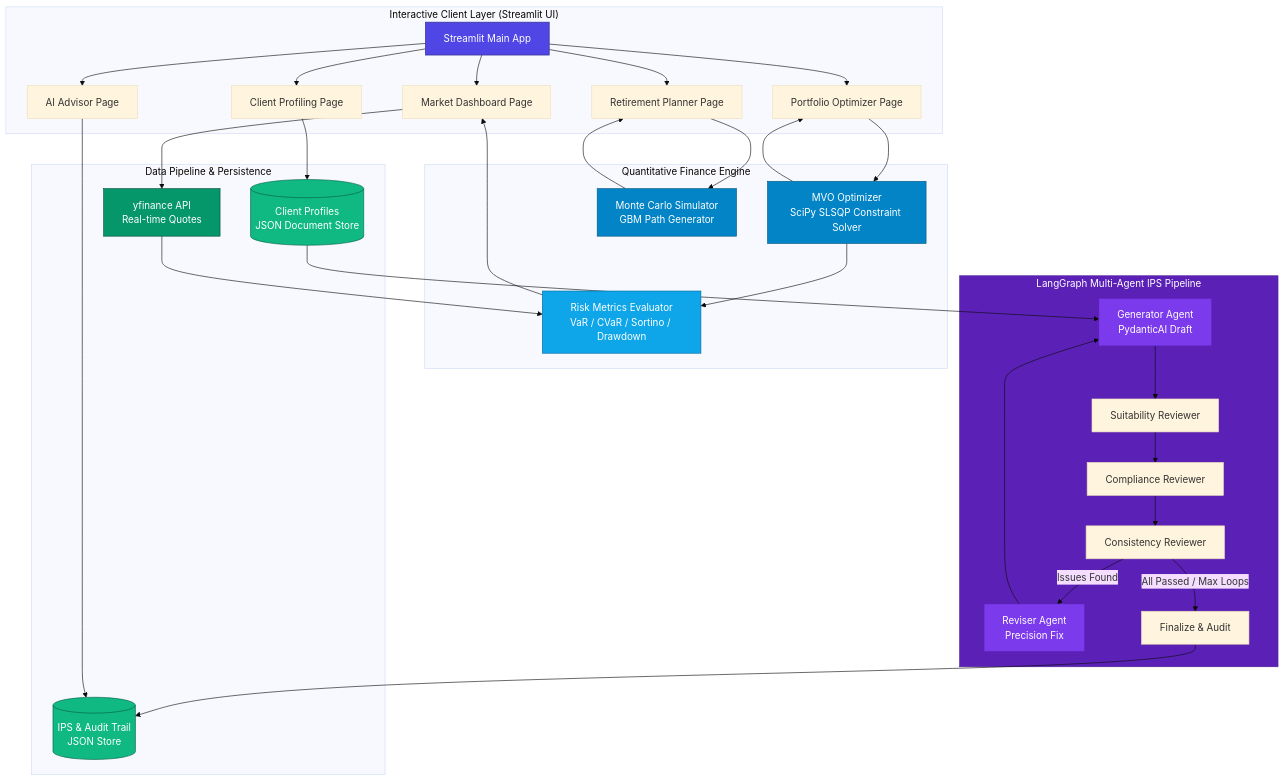
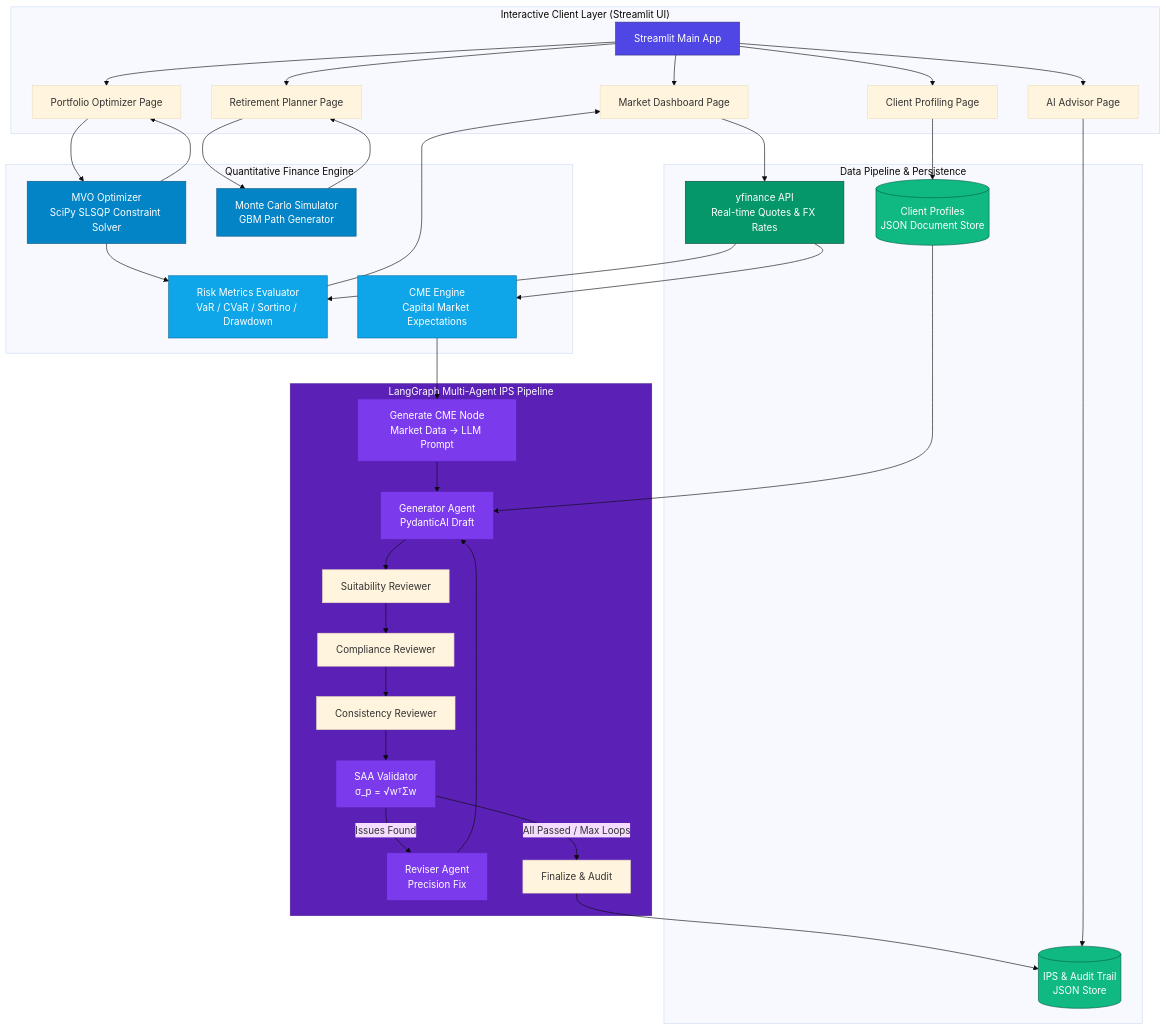
Before and after one commit to Michelia-L/AI-WealthPilot: the diagram in README.md, drawn with Mermaid (base theme). The commit also changed other lines of this file and 1 other file, not shown here.

````diff
--- a/README.md
+++ b/README.md
@@ -72,71 +76,79 @@
 ```mermaid
 graph TB
     subgraph UI_Layer ["Interactive Client Layer (Streamlit UI)"]
         UI[Streamlit Main App]
         P1[Market Dashboard Page]
         P2[Portfolio Optimizer Page]
         P3[Retirement Planner Page]
         P4[Client Profiling Page]
         P5[AI Advisor Page]
     end
 
     subgraph Quant_Engine ["Quantitative Finance Engine"]
         MVO[MVO Optimizer<br/>SciPy SLSQP Constraint Solver]
         MC[Monte Carlo Simulator<br/>GBM Path Generator]
         RM[Risk Metrics Evaluator<br/>VaR / CVaR / Sortino / Drawdown]
+        CME[CME Engine<br/>Capital Market Expectations]
     end
 
     subgraph Multi_Agent_IPS ["LangGraph Multi-Agent IPS Pipeline"]
+        CME_Node[Generate CME Node<br/>Market Data → LLM Prompt]
         Gen[Generator Agent<br/>PydanticAI Draft]
         Rev_S[Suitability Reviewer]
         Rev_C[Compliance Reviewer]
         Rev_Co[Consistency Reviewer]
+        SAA[SAA Validator<br/>σ_p = √wᵀΣw]
         Reviser[Reviser Agent<br/>Precision Fix]
         
-        Gen --> Rev_S --> Rev_C --> Rev_Co
-        Rev_Co -- "Issues Found" --> Reviser --> Gen
-        Rev_Co -- "All Passed / Max Loops" --> Final[Finalize & Audit]
+        CME_Node --> Gen --> Rev_S --> Rev_C --> Rev_Co --> SAA
+        SAA -- "Issues Found" --> Reviser --> Gen
+        SAA -- "All Passed / Max Loops" --> Final[Finalize & Audit]
     end
 
     subgraph Data_Layer ["Data Pipeline & Persistence"]
-        YF[yfinance API<br/>Real-time Quotes]
+        YF[yfinance API<br/>Real-time Quotes & FX Rates]
         JSON_DB[(Client Profiles<br/>JSON Document Store)]
         IPS_DB[(IPS & Audit Trail<br/>JSON Store)]
     end
 
     %% UI Routing
     UI --> P1 & P2 & P3 & P4 & P5
 
     %% Market Data Flow
     P1 --> YF
     YF --> RM
+    YF --> CME
     RM --> P1
+    CME --> CME_Node
 
     %% Optimizer Flow
     P2 --> MVO
     MVO --> RM
     MVO --> P2
 
     %% Monte Carlo Flow
     P3 --> MC
     MC --> P3
 
     %% Profiling Flow
     P4 --> JSON_DB
     JSON_DB --> Gen
     
     %% Storage Flow
     Final --> IPS_DB
     P5 --> IPS_DB
     
     style UI fill:#4f46e5,stroke:#312e81,color:#fff
     style MVO fill:#0284c7,stroke:#075985,color:#fff
     style MC fill:#0284c7,stroke:#075985,color:#fff
     style RM fill:#0ea5e9,stroke:#0369a1,color:#fff
+    style CME fill:#0ea5e9,stroke:#0369a1,color:#fff
     style Multi_Agent_IPS fill:#5b21b6,stroke:#4c1d95,color:#fff
     style Gen fill:#7c3aed,stroke:#5b21b6,color:#fff
     style Reviser fill:#7c3aed,stroke:#5b21b6,color:#fff
+    style CME_Node fill:#7c3aed,stroke:#5b21b6,color:#fff
+    style SAA fill:#7c3aed,stroke:#5b21b6,color:#fff
     style YF fill:#059669,stroke:#064e3b,color:#fff
     style JSON_DB fill:#10b981,stroke:#065f46,color:#fff
     style IPS_DB fill:#10b981,stroke:#065f46,color:#fff
 ```
````
